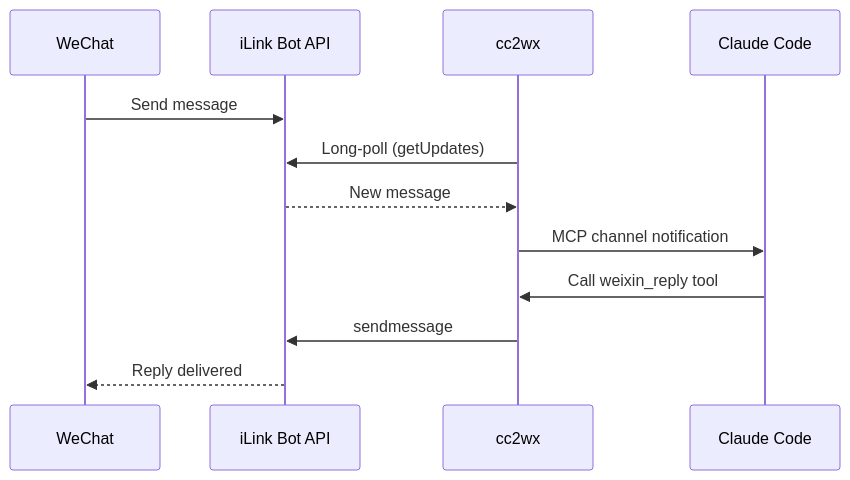
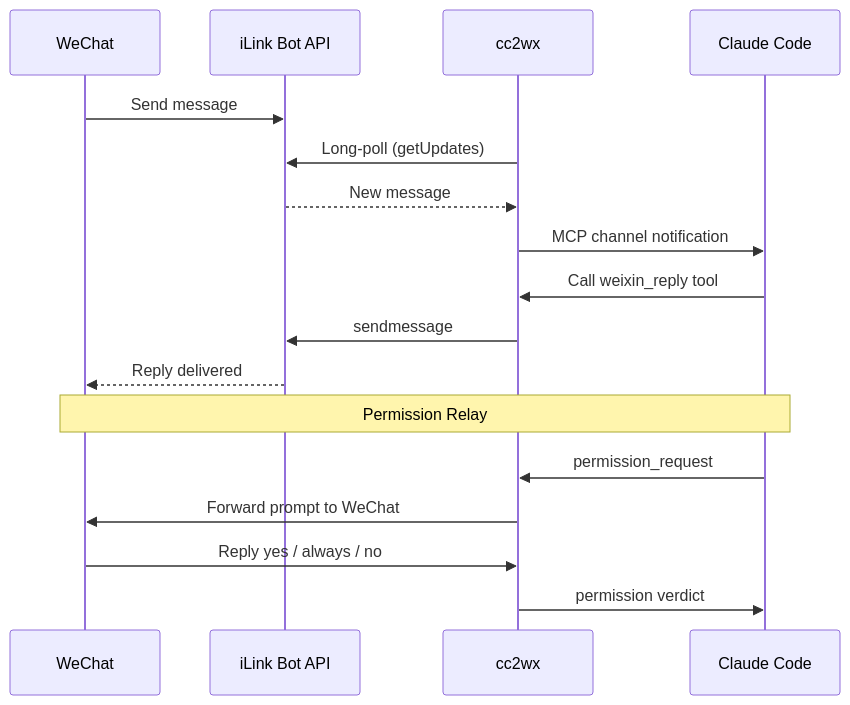
One commit to roxorlt/cc2wx changed the second of 2 diagrams in README.md. Above: the diagram before and after it, drawn with Mermaid. The commit also changed other lines of this file and 6 other files, not shown here.

First line of the commit message:
Add permission relay, always-allow list, and DingTalk channel

````diff
--- a/README.md
+++ b/README.md
@@ -182,15 +227,21 @@
 ```mermaid
 sequenceDiagram
     participant W as WeChat
     participant API as iLink Bot API
     participant C as cc2wx
     participant CC as Claude Code
 
     W->>API: Send message
     C->>API: Long-poll (getUpdates)
     API-->>C: New message
     C->>CC: MCP channel notification
     CC->>C: Call weixin_reply tool
     C->>API: sendmessage
     API-->>W: Reply delivered
+
+    Note over W,CC: Permission Relay
+    CC->>C: permission_request
+    C->>W: Forward prompt to WeChat
+    W->>C: Reply yes / always / no
+    C->>CC: permission verdict
 ```
````
